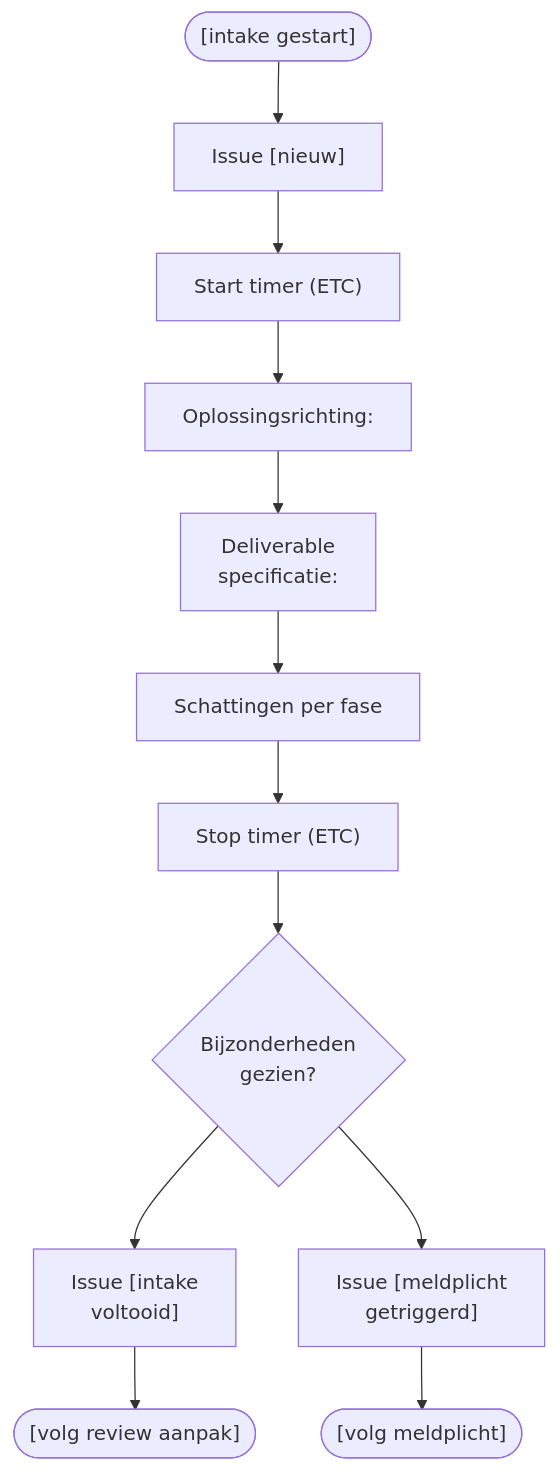
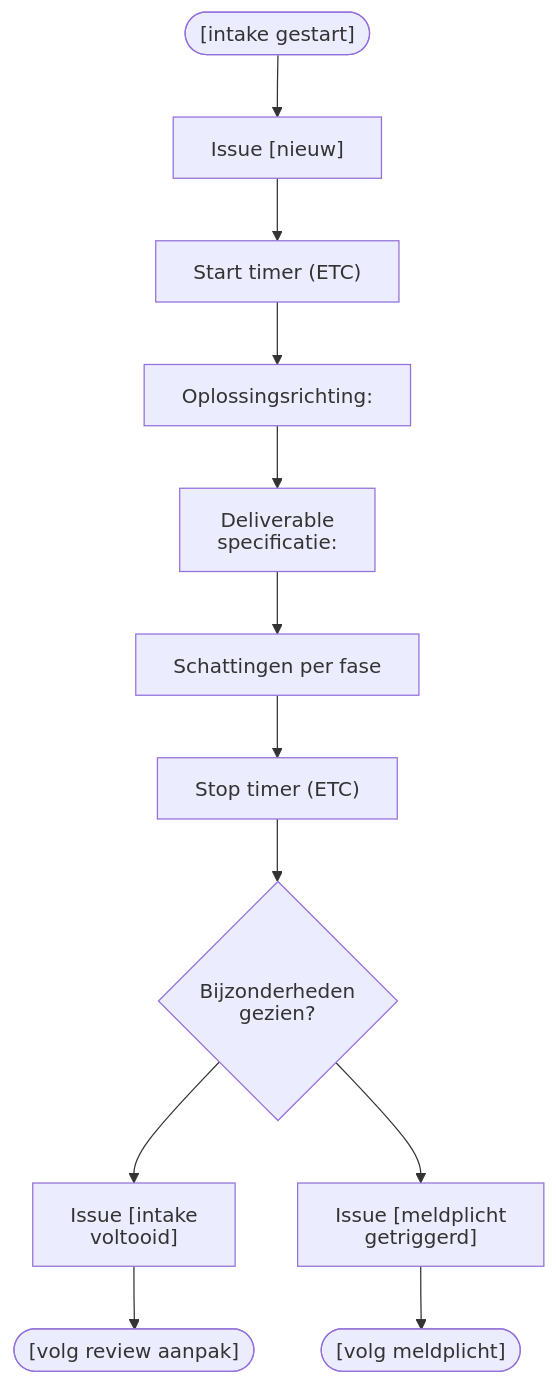
The diagram in 1 Issue Tracker intake.mermaid (Zaibatsu89/IssueTracker), drawn with Mermaid before and after one commit. The commit also changed 13 other files, not shown here.

Commit message:
Configure htmlLabels at both the root and flowchart levels for maximum parser compatibility

```diff
--- a/1 Issue Tracker intake.mermaid
+++ b/1 Issue Tracker intake.mermaid
@@ -1,25 +1,25 @@
-%%{init: {"theme": "default", "themeVariables": {"fontFamily": "sans-serif"}, "flowchart": {"htmlLabels": false}}}%%
+%%{init: {"htmlLabels": false, "theme": "default", "themeVariables": {"fontFamily": "sans-serif"}, "flowchart": {"htmlLabels": false}}}%%
 flowchart TD
     bpmn_start_event(["[intake gestart]"])
     bpmn_task_nieuw["Issue [nieuw]"]
     bpmn_task_start_timer["Start timer (ETC)"]
     bpmn_task_oplossingsrichting["Oplossingsrichting:"]
     bpmn_task_deliverables["Deliverable\nspecificatie:"]
     bpmn_task_planning["Schattingen per fase"]
     bpmn_task_stop_timer["Stop timer (ETC)"]
     bpmn_gateway_bijzonderheden{"Bijzonderheden\ngezien?"}
     bpmn_task_intake_voltooid["Issue [intake\nvoltooid]"]
     bpmn_end_aanpak(["[volg review aanpak]"])
     bpmn_task_meldplicht_getriggerd["Issue [meldplicht\ngetriggerd]"]
     bpmn_end_meldplicht(["[volg meldplicht]"])
     bpmn_start_event --> bpmn_task_nieuw
     bpmn_task_nieuw --> bpmn_task_start_timer
     bpmn_task_start_timer --> bpmn_task_oplossingsrichting
     bpmn_task_oplossingsrichting --> bpmn_task_deliverables
     bpmn_task_deliverables --> bpmn_task_planning
     bpmn_task_planning --> bpmn_task_stop_timer
     bpmn_task_stop_timer --> bpmn_gateway_bijzonderheden
     bpmn_gateway_bijzonderheden --> bpmn_task_intake_voltooid
     bpmn_task_intake_voltooid --> bpmn_end_aanpak
     bpmn_gateway_bijzonderheden --> bpmn_task_meldplicht_getriggerd
     bpmn_task_meldplicht_getriggerd --> bpmn_end_meldplicht
```
